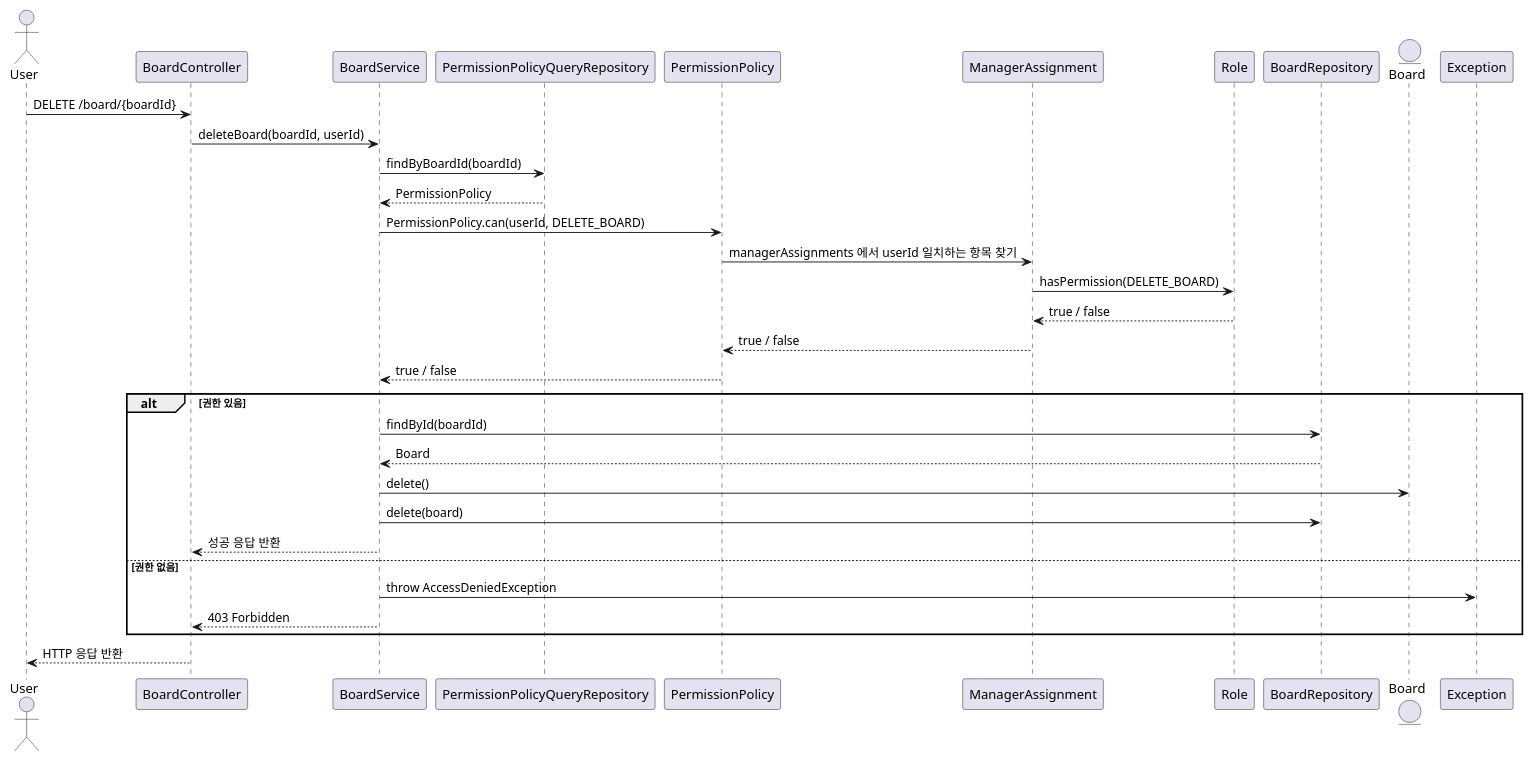
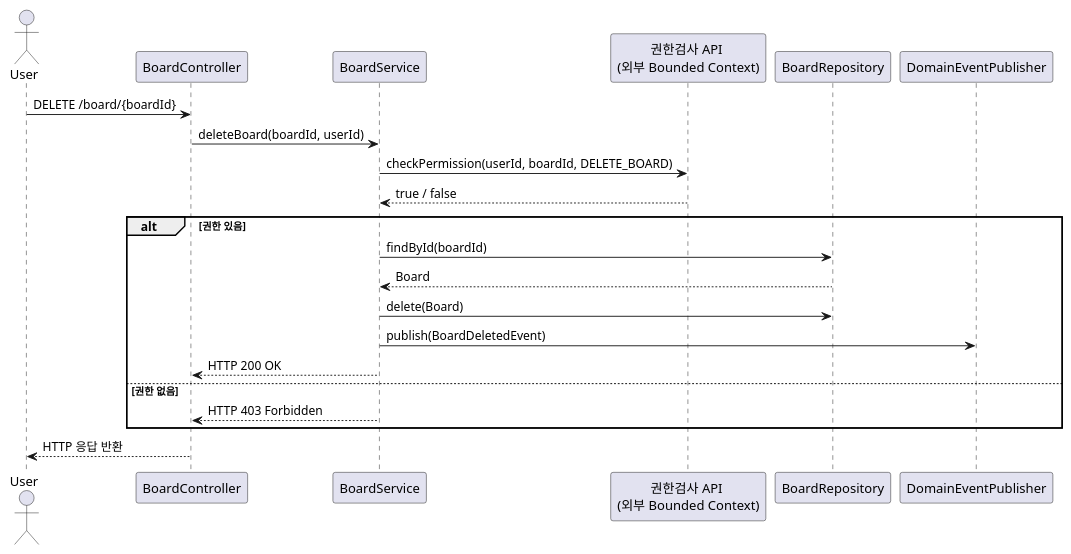
One commit to SimpleBoardTeam/simpleBoard-server changed the diagram in document/puml/event/boardContext/boardAggregate/deleteBoard.puml. Above: the diagram before and after it, drawn with PlantUML.

Commit message:
docs(diagram): 게시글 삭제 시나리오 시퀀스 다이어그램 추가

```diff
--- a/document/puml/event/boardContext/boardAggregate/deleteBoard.puml
+++ b/document/puml/event/boardContext/boardAggregate/deleteBoard.puml
@@ -1,38 +1,28 @@
 @startuml
 actor User
 participant BoardController
 participant BoardService
-participant PermissionPolicyQueryRepository
-participant PermissionPolicy
-participant ManagerAssignment
-participant Role
+participant PermissionContextAPI as "권한검사 API \n(외부 Bounded Context)"
 participant BoardRepository
-Entity Board
+participant DomainEventPublisher
 
 User -> BoardController : DELETE /board/{boardId}
 BoardController -> BoardService : deleteBoard(boardId, userId)
 
-BoardService -> PermissionPolicyQueryRepository : findByBoardId(boardId)
-PermissionPolicyQueryRepository --> BoardService : PermissionPolicy
-
-BoardService -> PermissionPolicy : PermissionPolicy.can(userId, DELETE_BOARD)
-PermissionPolicy -> ManagerAssignment : managerAssignments 에서 userId 일치하는 항목 찾기
-ManagerAssignment -> Role : hasPermission(DELETE_BOARD)
-Role --> ManagerAssignment : true / false
-ManagerAssignment --> PermissionPolicy : true / false
-PermissionPolicy --> BoardService : true / false
+BoardService -> PermissionContextAPI : checkPermission(userId, boardId, DELETE_BOARD)
+PermissionContextAPI --> BoardService : true / false
 
 alt 권한 있음
     BoardService -> BoardRepository : findById(boardId)
     BoardRepository --> BoardService : Board
 
-    BoardService -> Board : delete()
-    BoardService -> BoardRepository : delete(board)
-    BoardService --> BoardController : 성공 응답 반환
+    BoardService -> BoardRepository : delete(Board)
+    BoardService -> DomainEventPublisher : publish(BoardDeletedEvent)
+
+    BoardService --> BoardController : HTTP 200 OK
 else 권한 없음
-    BoardService -> Exception : throw AccessDeniedException
-    BoardService --> BoardController : 403 Forbidden
+    BoardService --> BoardController : HTTP 403 Forbidden
 end
 
 BoardController --> User : HTTP 응답 반환
 @enduml
```
